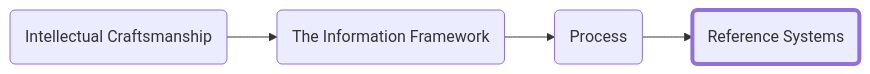
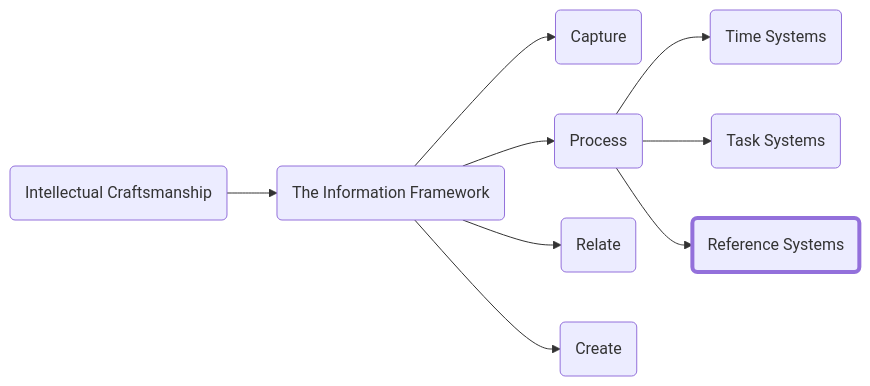
The diagram in _posts/2023-01-05-referencesystems.md (forrestpitz/forrestpitz.github.io), drawn with Mermaid before and after one commit. The commit also changed other lines of this file and 20 other files, not shown here.

````diff
--- a/_posts/2023-01-05-referencesystems.md
+++ b/_posts/2023-01-05-referencesystems.md
@@ -11,10 +37,21 @@
 ```mermaid
 graph LR;
-  A(Intellectual Craftsmanship)-->B(The Information Framework)-->C(Process)-->D(Reference Systems)
+  A(Intellectual Craftsmanship)-->B(The Information Framework)
+  B-->C(Capture)
+  B-->G(Process)
+  G-->D(Time Systems)
+  G-->E(Task Systems)
+  G-->F(Reference Systems)
+  B-->H(Relate)
+  B-->I(Create)
 
-  style D stroke-width:4px
+  style F stroke-width:4px
 
   click A "{% post_url 2023-01-05-intro %}"
   click B "{% post_url 2023-01-05-info-framework %}"
-  click C "{% post_url 2023-01-05-process %}"
+  click C "{% post_url 2023-01-05-capture %}"
+  click D "{% post_url 2023-01-05-timesystems %}"
+  click E "{% post_url 2023-01-05-tasksystems %}"
+  click H "{% post_url 2023-01-05-relate %}"
+  click I "{% post_url 2023-01-05-create %}"
 ```
````
